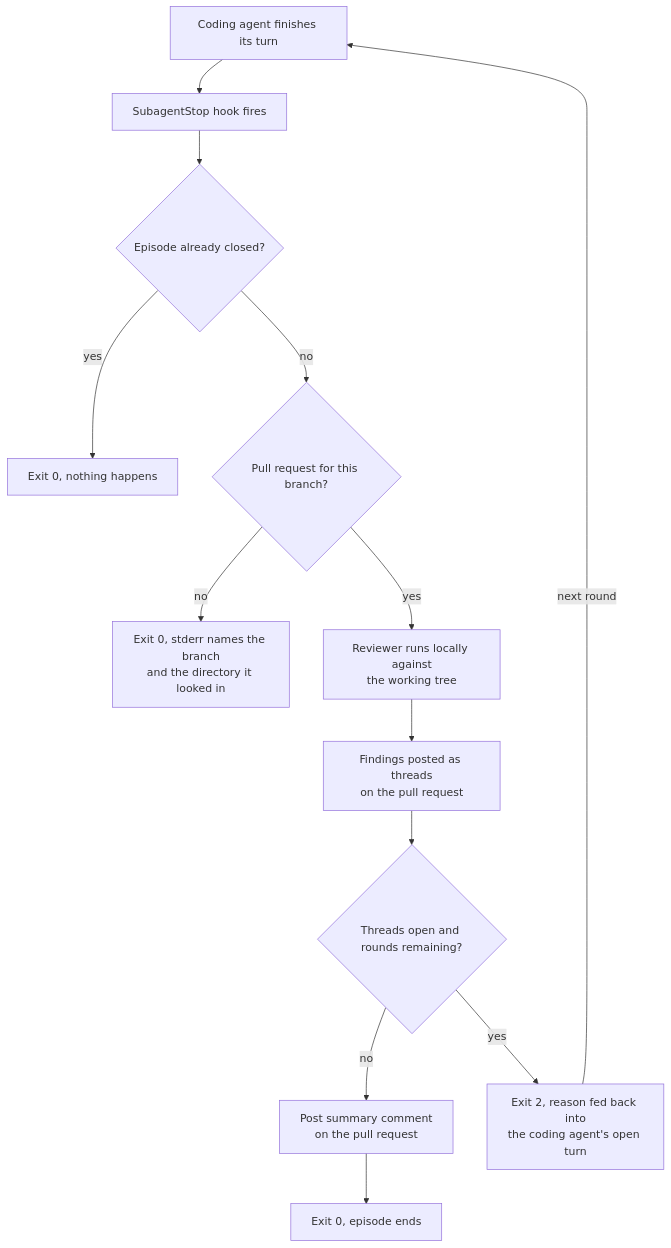
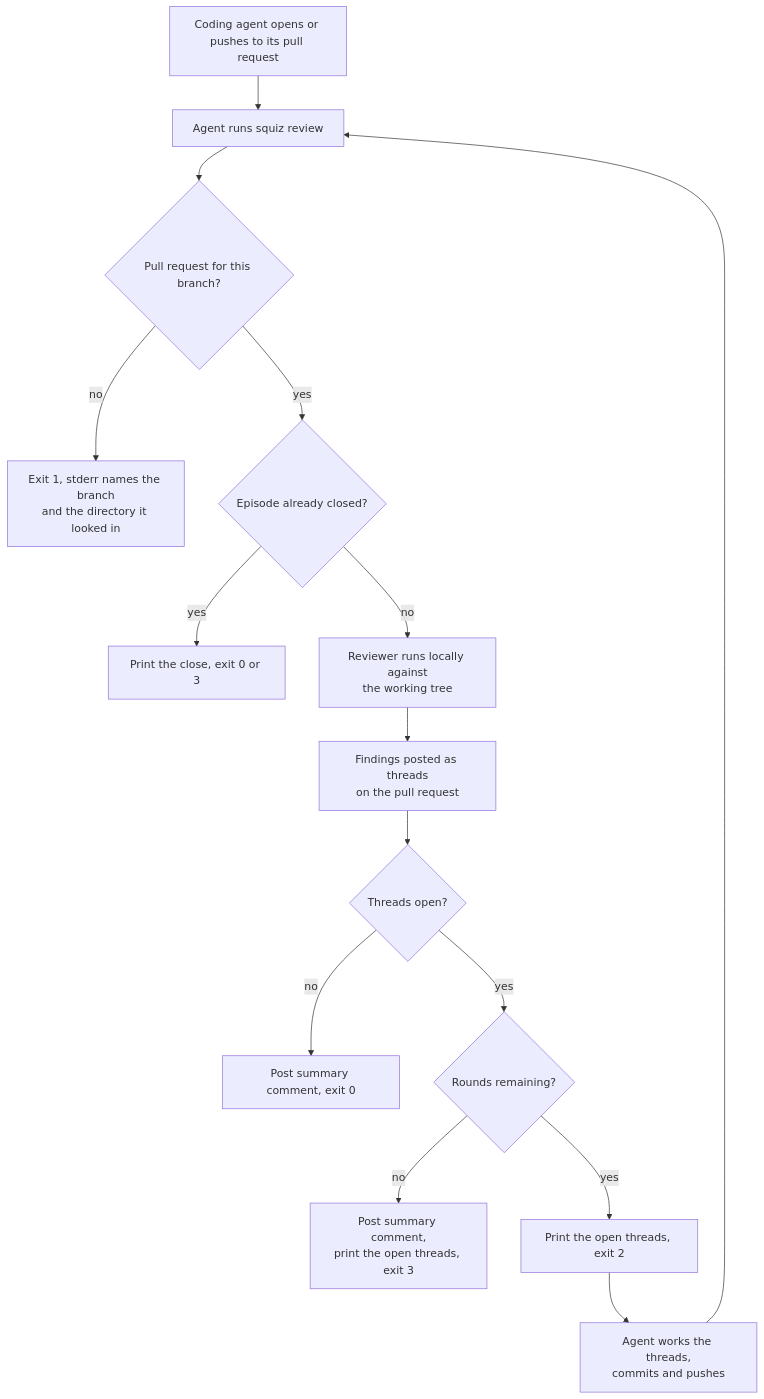
The first of 2 diagrams in docs/specs/review-harness-spec.md (jacygao/squiz), drawn with Mermaid before and after one commit. The commit also changed other lines of this file and 1 other file, not shown here.

First line of the commit message:
Specify squiz review, which the coding agent runs in place of the SubagentStop hook

````diff
--- a/docs/specs/review-harness-spec.md
+++ b/docs/specs/review-harness-spec.md
@@ -160,15 +187,17 @@
 ```mermaid
 flowchart TD
-    A[Coding agent finishes its turn] --> B[SubagentStop hook fires]
-    B --> K{Episode already closed?}
-    K -->|yes| D[Exit 0, nothing happens]
-    K -->|no| C{Pull request for this branch?}
-    C -->|no| L[Exit 0, stderr names the branch<br/>and the directory it looked in]
-    C -->|yes| E[Reviewer runs locally against<br/>the working tree]
+    A[Coding agent opens or pushes to its pull request] --> B[Agent runs squiz review]
+    B --> C{Pull request for this branch?}
+    C -->|no| L[Exit 1, stderr names the branch<br/>and the directory it looked in]
+    C -->|yes| K{Episode already closed?}
+    K -->|yes| D[Print the close, exit 0 or 3]
+    K -->|no| E[Reviewer runs locally against<br/>the working tree]
     E --> F[Findings posted as threads<br/>on the pull request]
-    F --> G{Threads open and rounds remaining?}
-    G -->|no| I[Post summary comment<br/>on the pull request]
-    I --> J[Exit 0, episode ends]
-    G -->|yes| H[Exit 2, reason fed back into<br/>the coding agent's open turn]
-    H -->|next round| A
+    F --> G{Threads open?}
+    G -->|no| I[Post summary comment, exit 0]
+    G -->|yes| H{Rounds remaining?}
+    H -->|no| J[Post summary comment,<br/>print the open threads, exit 3]
+    H -->|yes| M[Print the open threads, exit 2]
+    M --> N[Agent works the threads,<br/>commits and pushes]
+    N --> B
 ```
````
